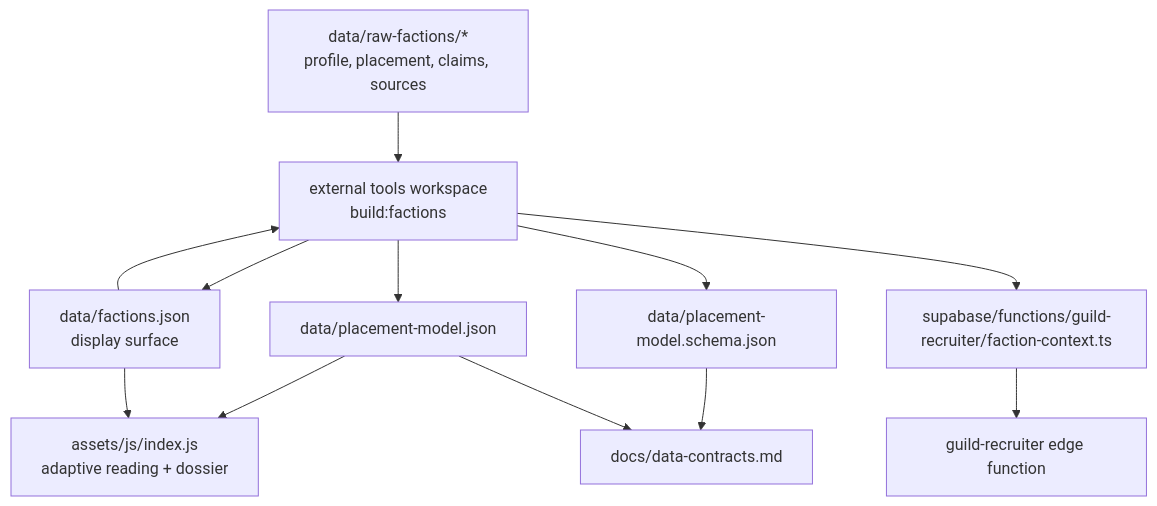
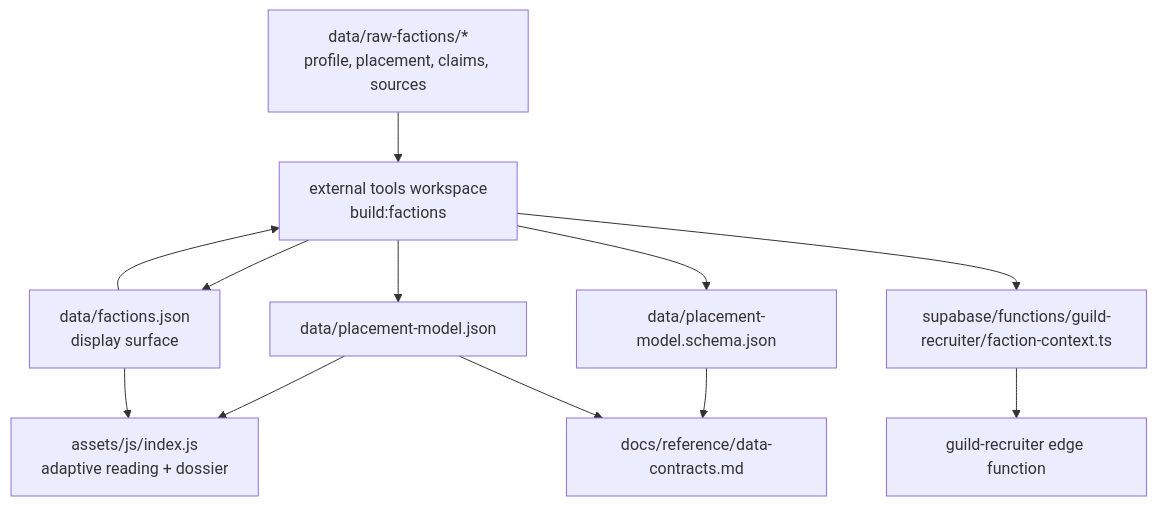
Before and after one commit to rboles84/mtgSiteWIP: the diagram in docs/diagrams/data-pipeline.mmd, drawn with Mermaid. The commit also changed 43 other files, not shown here.

```diff
--- a/docs/diagrams/data-pipeline.mmd
+++ b/docs/diagrams/data-pipeline.mmd
@@ -1,22 +1,22 @@
 flowchart TD
   Raw["data/raw-factions/*<br/>profile, placement, claims, sources"]
   Display["data/factions.json<br/>display surface"]
   Builder["external tools workspace<br/>build:factions"]
   Model["data/placement-model.json"]
   Schema["data/placement-model.schema.json"]
   Context["supabase/functions/guild-recruiter/faction-context.ts"]
   Frontend["assets/js/index.js<br/>adaptive reading + dossier"]
   Edge["guild-recruiter edge function"]
-  Docs["docs/data-contracts.md"]
+  Docs["docs/reference/data-contracts.md"]
 
   Raw --> Builder
   Display --> Builder
   Builder --> Display
   Builder --> Model
   Builder --> Schema
   Builder --> Context
   Model --> Frontend
   Display --> Frontend
   Context --> Edge
   Schema --> Docs
   Model --> Docs
```
